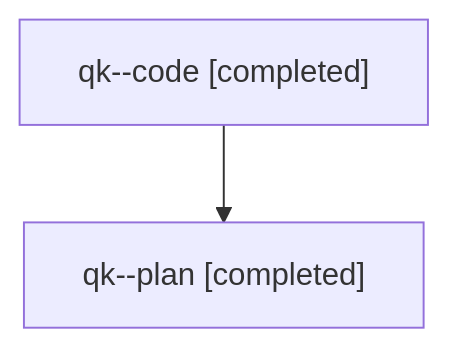
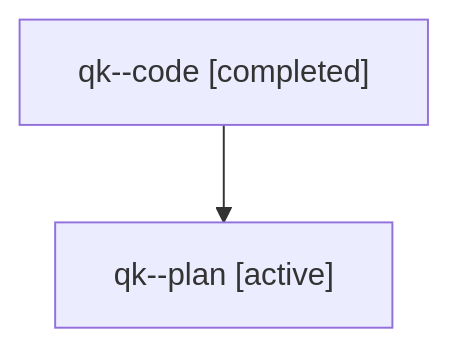
One commit to sase-org/sase--agents changed the diagram in families/bbugyi200.athena.qk.md. Above: the diagram before and after it, drawn with Mermaid. The commit also changed other lines of this file and 5813 other files, not shown here.

````diff
--- a/families/bbugyi200.athena.qk.md
+++ b/families/bbugyi200.athena.qk.md
@@ -9,6 +9,6 @@
 ```mermaid
 flowchart TD
   n0["qk--code [completed]"]
-  n1["qk--plan [completed]"]
+  n1["qk--plan [active]"]
   n0 --> n1
 ```
````
